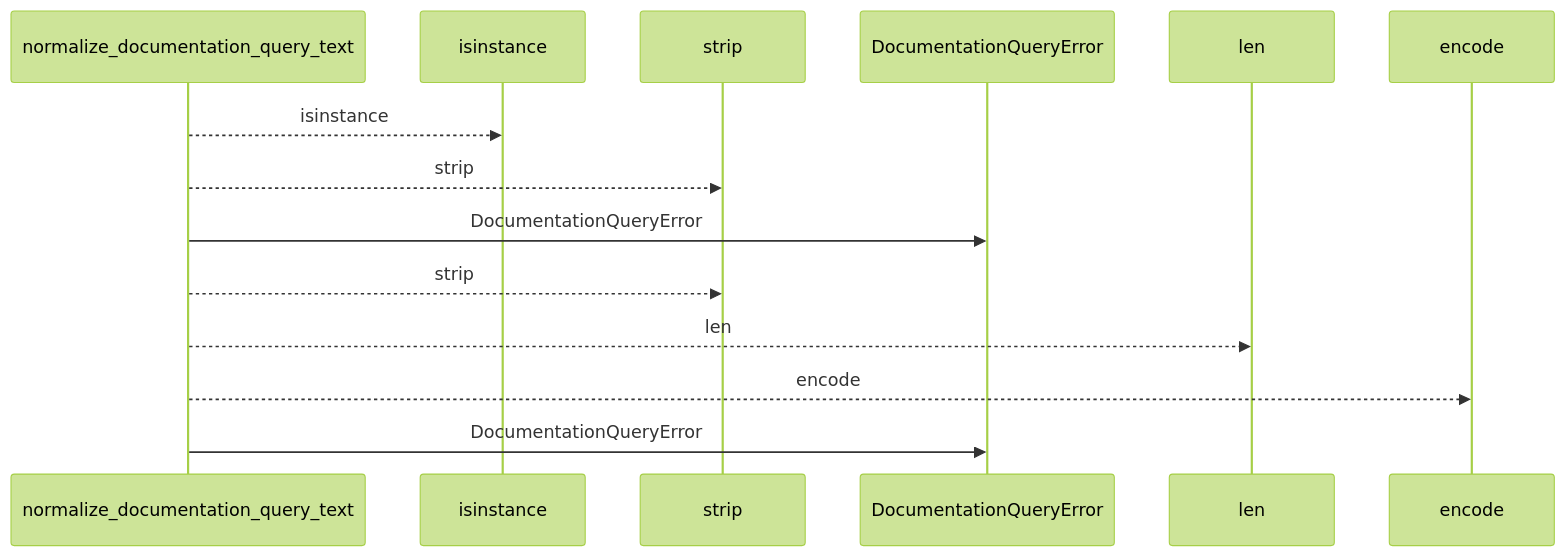
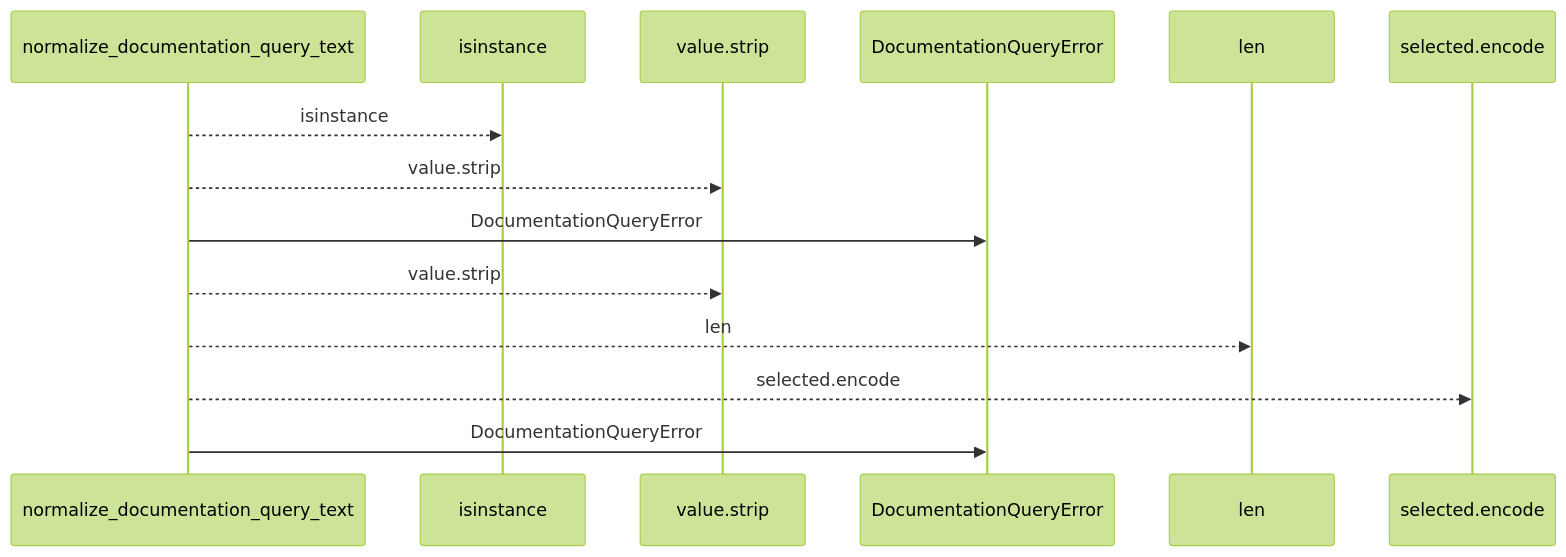
Before and after one commit to Denissvgn/python-wiki-llm: the first of 2 diagrams in docs/llm_wiki/flows/api-normalize_documentation_query_text.md, drawn with Mermaid (forest theme). The commit also changed other lines of this file and 719 other files, not shown here.

````diff
--- a/docs/llm_wiki/flows/api-normalize_documentation_query_text.md
+++ b/docs/llm_wiki/flows/api-normalize_documentation_query_text.md
@@ -10,16 +10,16 @@
 ```mermaid
 sequenceDiagram
     participant p0 as normalize_documentation_query_text
     participant p1 as isinstance
-    participant p2 as strip
+    participant p2 as value.strip
     participant p3 as DocumentationQueryError
     participant p4 as len
-    participant p5 as encode
+    participant p5 as selected.encode
     p0-->>p1: isinstance
-    p0-->>p2: strip
+    p0-->>p2: value.strip
     p0->>p3: DocumentationQueryError
-    p0-->>p2: strip
+    p0-->>p2: value.strip
     p0-->>p4: len
-    p0-->>p5: encode
+    p0-->>p5: selected.encode
     p0->>p3: DocumentationQueryError
 ```
````
